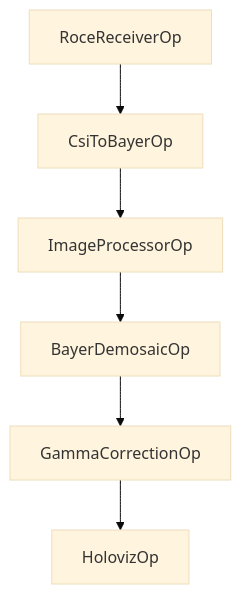
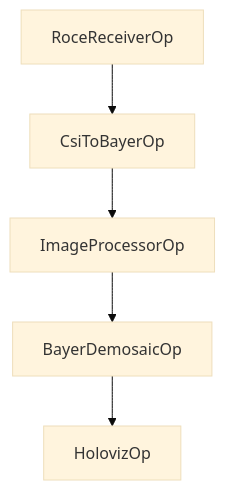
One commit to nvidia-holoscan/holoscan-sensor-bridge changed the first of 5 diagrams in docs/user_guide/applications.md. Above: the diagram before and after it, drawn with Mermaid. The commit also changed other lines of this file and 123 other files, not shown here.

````diff
--- a/docs/user_guide/applications.md
+++ b/docs/user_guide/applications.md
@@ -20,13 +20,12 @@
 ```{mermaid}
 :align: center
 :caption: IMX274 Player
 
 %%{init: {"theme": "base", "themeVariables": { }} }%%
 
 graph
     r[RoceReceiverOp] --> c[CsiToBayerOp]
     c --> i[ImageProcessorOp]
     i --> d[BayerDemosaicOp]
-    d --> g[GammaCorrectionOp]
-    g --> v[HolovizOp]
+    d --> v[HolovizOp]
 ```
````
